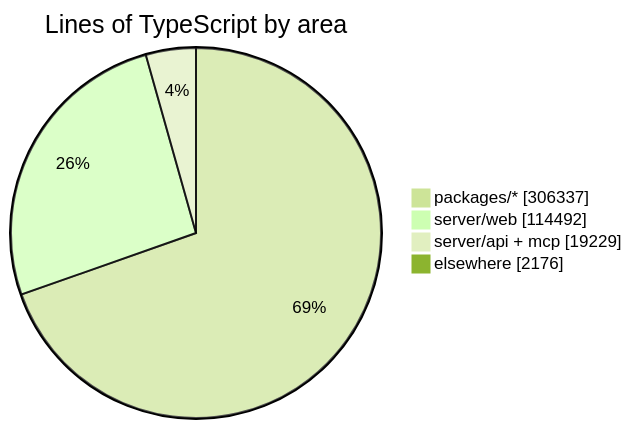
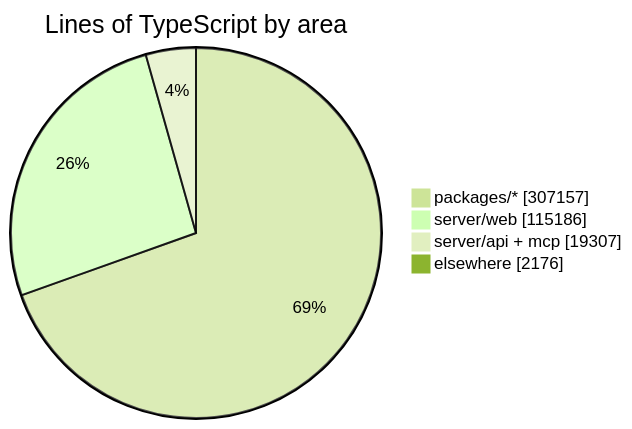
Before and after one commit to crossworks-engineering/mantle: the diagram in README.md, drawn with Mermaid (forest theme). The commit also changed other lines of this file and 2 other files, not shown here.

````diff
--- a/README.md
+++ b/README.md
@@ -294,7 +294,7 @@
 ```mermaid
 pie showData title Lines of TypeScript by area
-    "packages/*" : 306337
-    "server/web" : 114492
-    "server/api + mcp" : 19229
+    "packages/*" : 307157
+    "server/web" : 115186
+    "server/api + mcp" : 19307
     "elsewhere" : 2176
 ```
````
